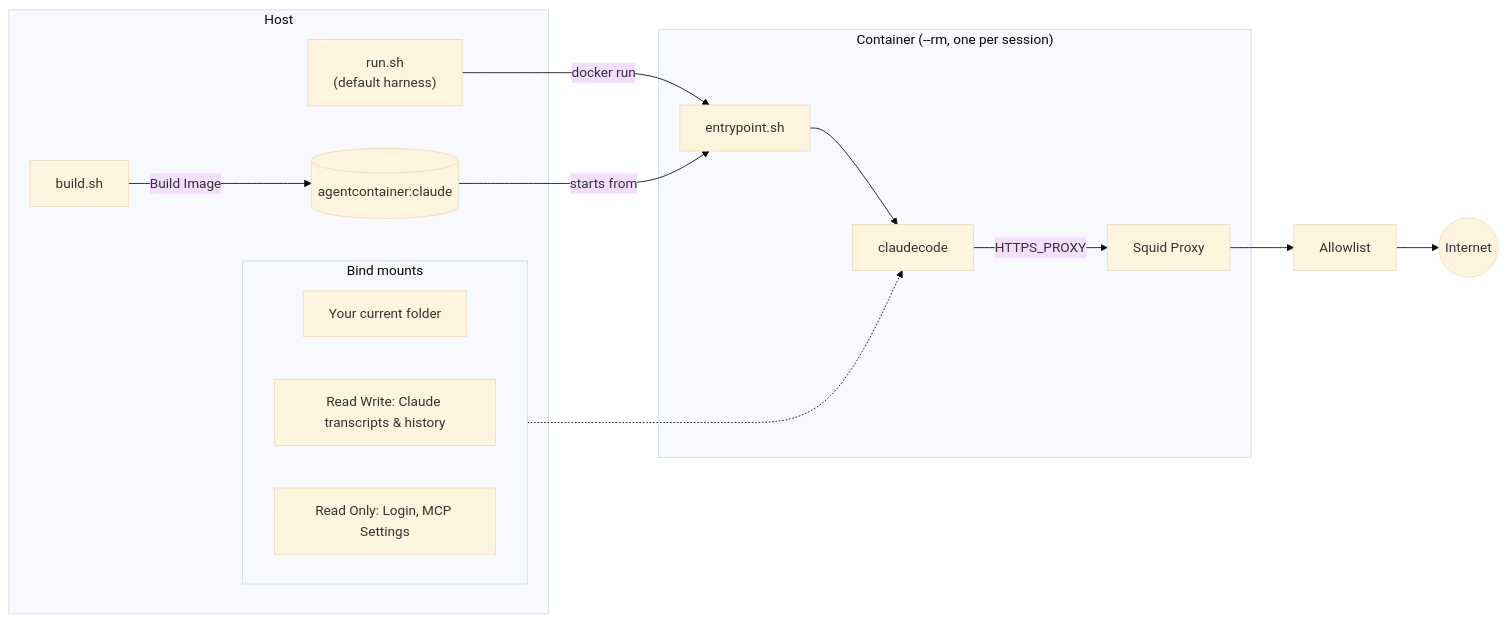
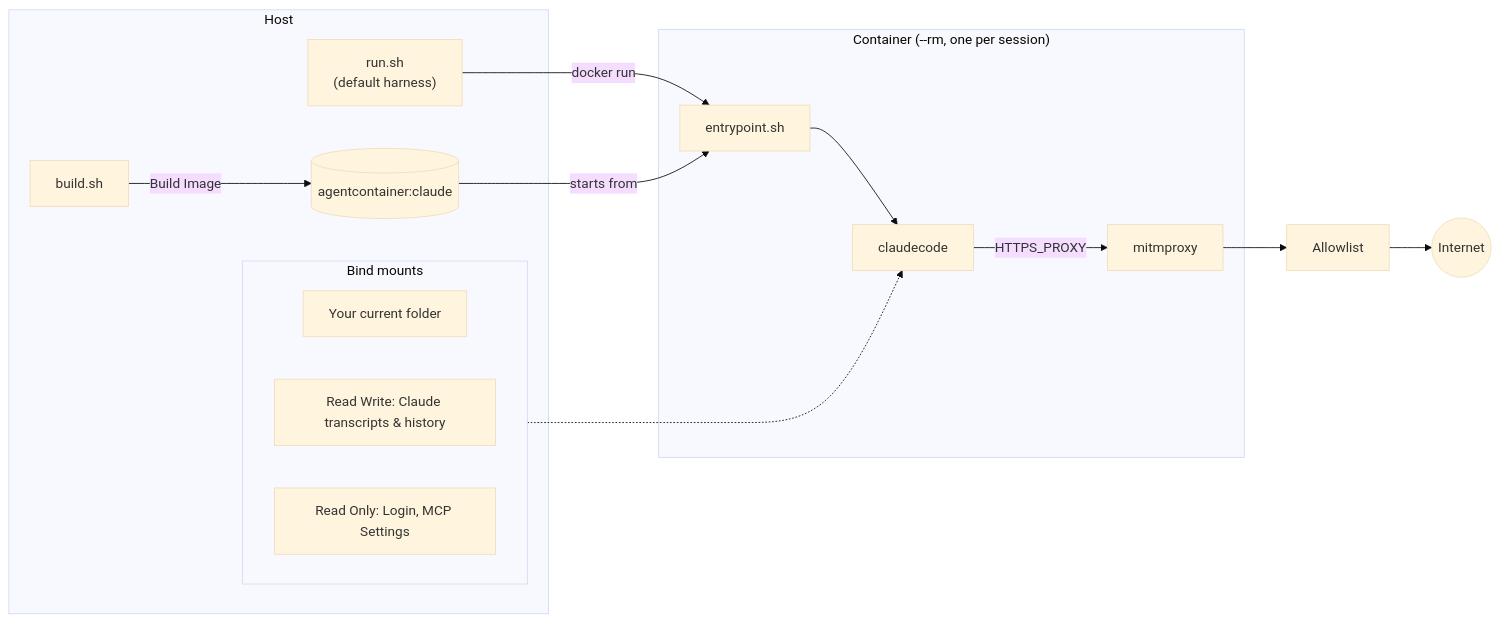
One commit to WildDogOne/Agent-Container changed the diagram in docs/quickstart-claude.md. Above: the diagram before and after it, drawn with Mermaid (base theme). The commit also changed other lines of this file and 29 other files, not shown here.

````diff
--- a/docs/quickstart-claude.md
+++ b/docs/quickstart-claude.md
@@ -100,29 +100,29 @@
 ```mermaid
 flowchart LR
     subgraph host["Host"]
         buildsh["build.sh"]
         runsh["run.sh<br/>(default harness)"]
         image[("agentcontainer:claude")]
         subgraph mounts["Bind mounts"]
             direction LR
             pwd["Your current folder"]
             state["Read Write: Claude transcripts & history"]
             staged["Read Only: Login, MCP Settings"]
         end
     end
 
     subgraph ctr["Container (--rm, one per session)"]
         pid1["entrypoint.sh"]
         claude["claudecode"]
-        squid["Squid Proxy"]
+        proxy["mitmproxy"]
     end
 
     allow["Allowlist"]
     internet(("Internet"))
 
     buildsh -- "Build Image" --> image
     runsh -- "docker run" --> pid1
     image -- "starts from" --> pid1 --> claude
     mounts -.-> claude
-    claude -- "HTTPS_PROXY" --> squid --> allow --> internet
+    claude -- "HTTPS_PROXY" --> proxy --> allow --> internet
 ```
````
